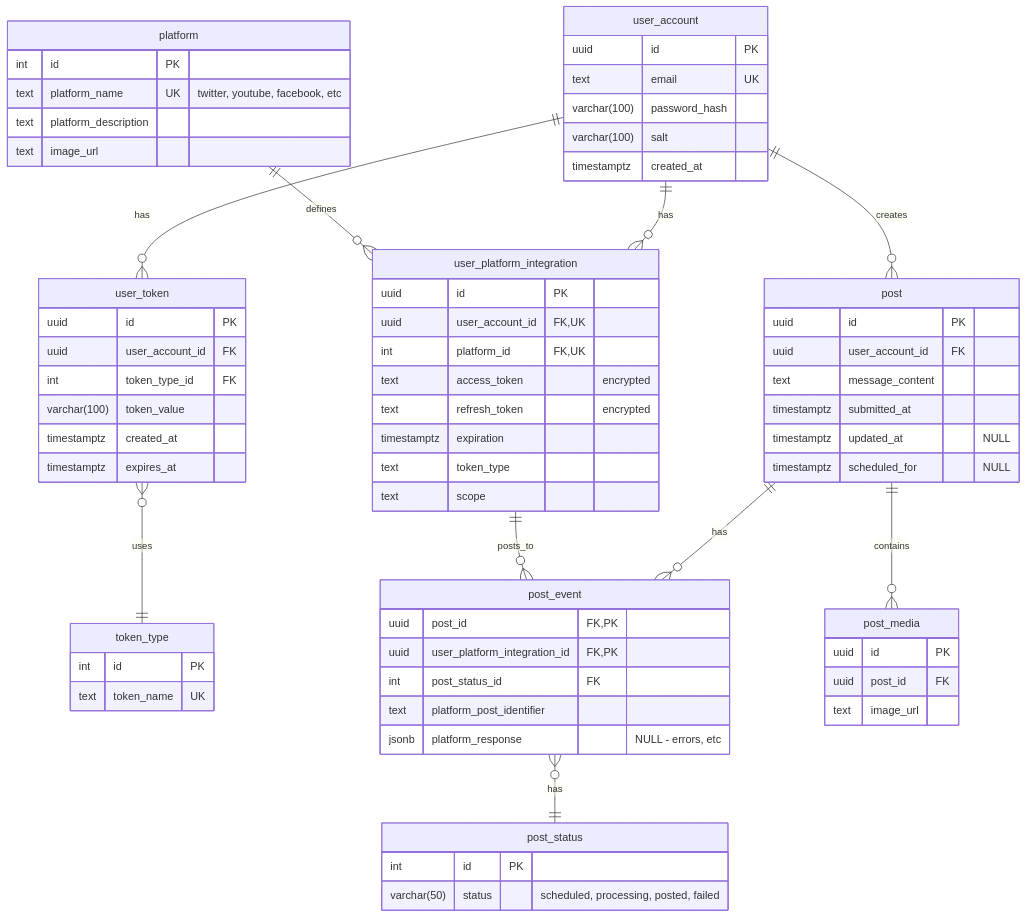
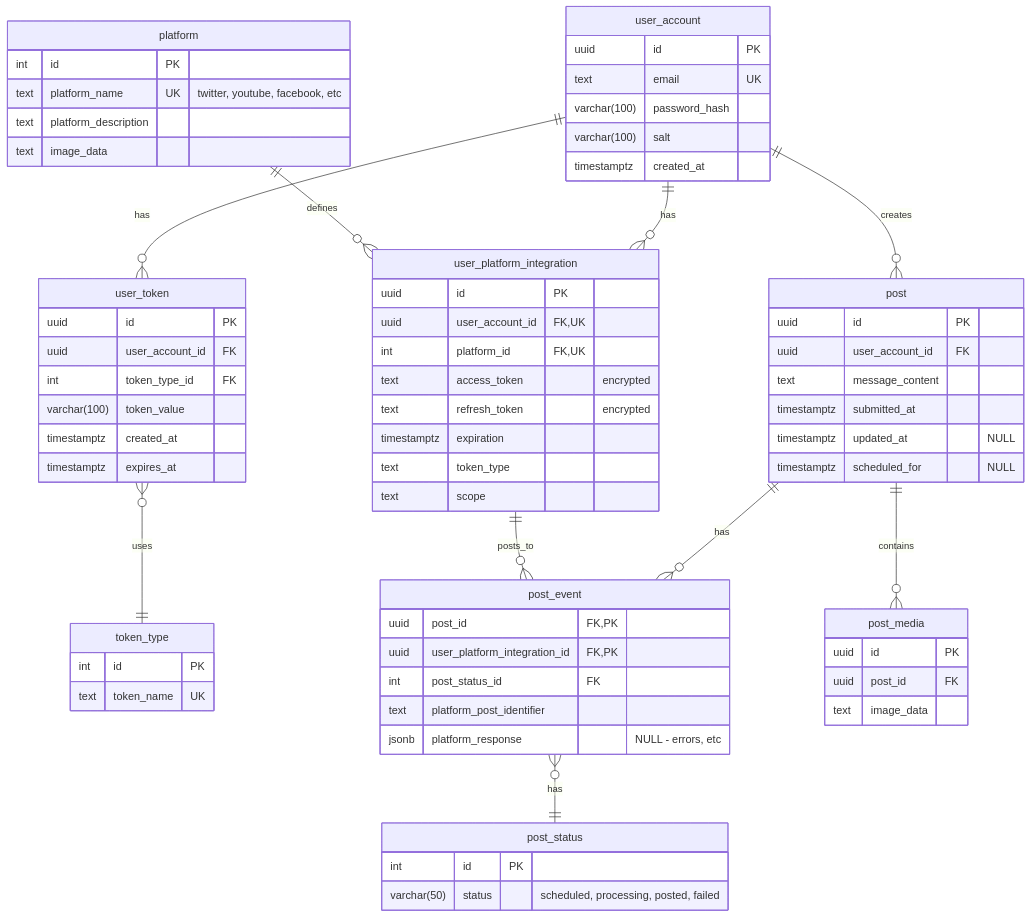
One commit to JKMN-Projects/ripple_sync_backend changed the diagram in documentation/diagrams/er_diagram.md. Above: the diagram before and after it, drawn with Mermaid. The commit also changed 36 other files, not shown here.

````diff
--- a/documentation/diagrams/er_diagram.md
+++ b/documentation/diagrams/er_diagram.md
@@ -3,80 +3,80 @@
 ``` mermaid
     erDiagram
     user_account ||--o{ user_platform_integration : "has"
     user_account ||--o{ post : "creates"
     user_account ||--o{ user_token : "has"
     user_token }o--|| token_type : "uses"
     post ||--o{ post_event : "has"
     post_event }o--|| post_status : "has"
     post ||--o{ post_media : "contains"
     platform ||--o{ user_platform_integration : "defines"
     user_platform_integration ||--o{ post_event : "posts_to"
 
     user_account {
         uuid id PK
         text email UK
         varchar(100) password_hash
         varchar(100) salt
         timestamptz created_at 
     }
 
     user_token {
         uuid id PK
         uuid user_account_id FK
         int token_type_id FK
         varchar(100) token_value
         timestamptz created_at
         timestamptz expires_at
     }
 
     token_type {
         int id PK
         text token_name UK
     }
 
     platform {
         int id PK
         text platform_name UK "twitter, youtube, facebook, etc"
         text platform_description
-        text image_url
+        text image_data
     }
 
     user_platform_integration {
         uuid id PK
         uuid user_account_id FK, UK
         int platform_id FK, UK
         text access_token "encrypted"
         text refresh_token "encrypted"
         timestamptz expiration
         text token_type
         text scope
     }
 
     post {
         uuid id PK
         uuid user_account_id FK
         text message_content
         timestamptz submitted_at
         timestamptz updated_at "NULL"
         timestamptz scheduled_for "NULL"
     }
 
     post_media {
         uuid id PK
         uuid post_id FK
-        text image_url 
+        text image_data 
     }
 
     post_event {
         uuid post_id FK, PK
         uuid user_platform_integration_id FK, PK
         int post_status_id FK
         text platform_post_identifier 
         jsonb platform_response "NULL - errors, etc" 
     }
 
     post_status {
         int id PK
         varchar(50) status "scheduled, processing, posted, failed"
     }
 ```
````
